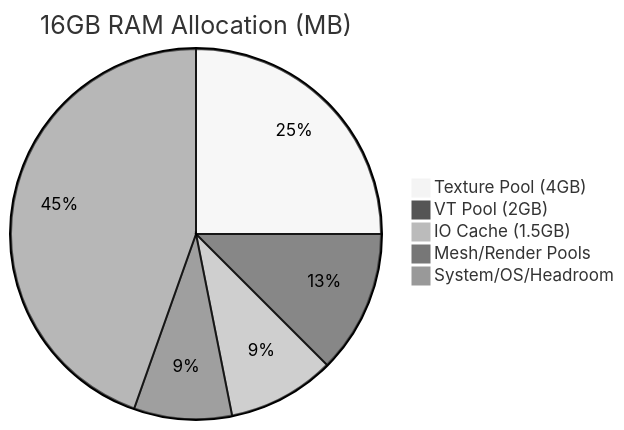
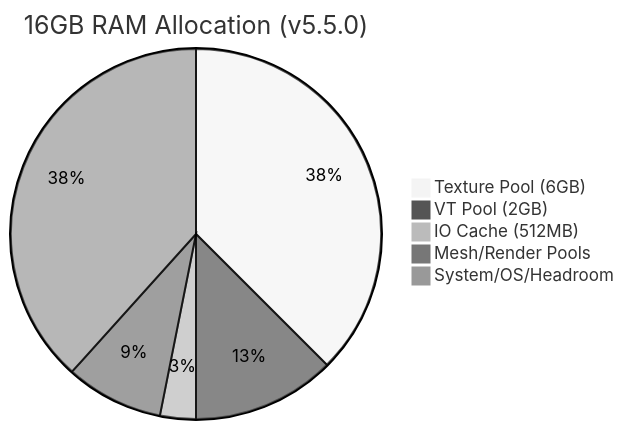
Before and after one commit to tuanhung303/mobile-wuwa-configs: the third of 3 diagrams in README.md, drawn with Mermaid (neutral theme). The commit also changed other lines of this file and 4 other files, not shown here.

````diff
--- a/README.md
+++ b/README.md
@@ -97,8 +138,8 @@
 ```mermaid
-pie title 16GB RAM Allocation (MB)
-    "Texture Pool (4GB)" : 4096
+pie title 16GB RAM Allocation (v5.5.0)
+    "Texture Pool (6GB)" : 6144
     "VT Pool (2GB)" : 2048
-    "IO Cache (1.5GB)" : 1536
+    "IO Cache (512MB)" : 512
     "Mesh/Render Pools" : 1400
-    "System/OS/Headroom" : 7304
+    "System/OS/Headroom" : 6280
 ```
````
